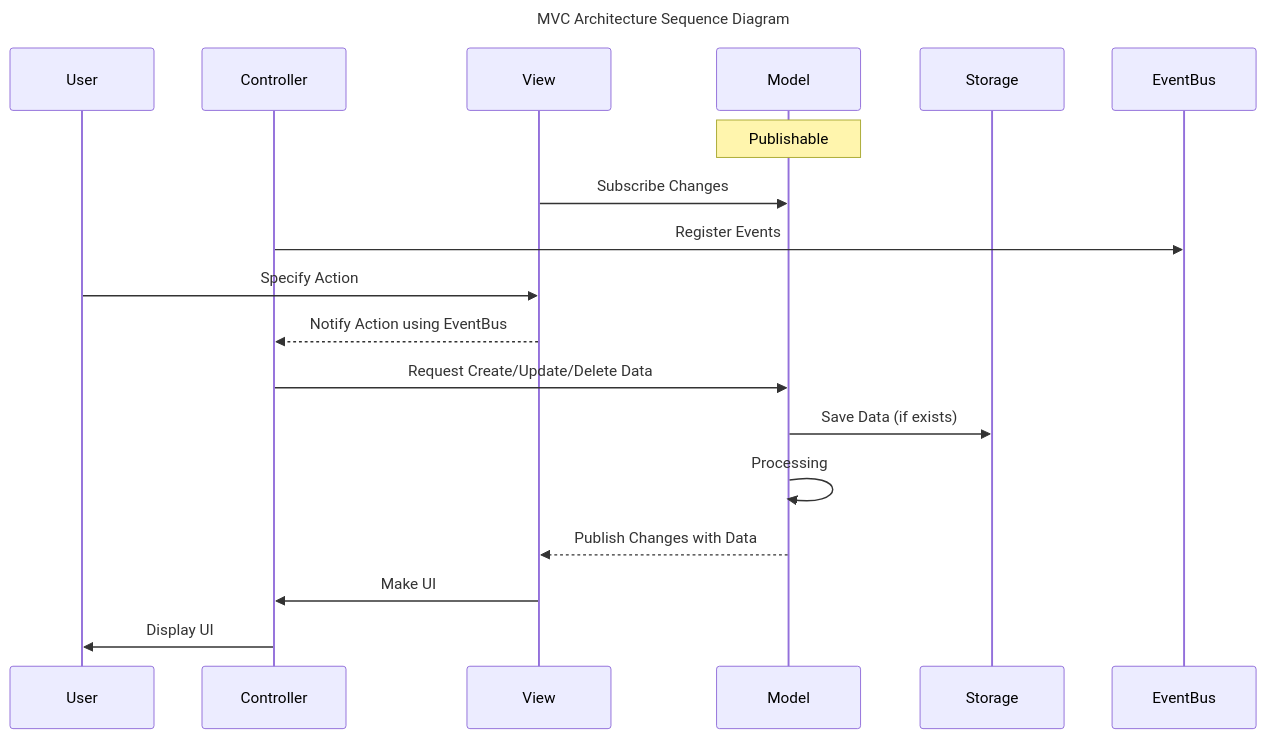
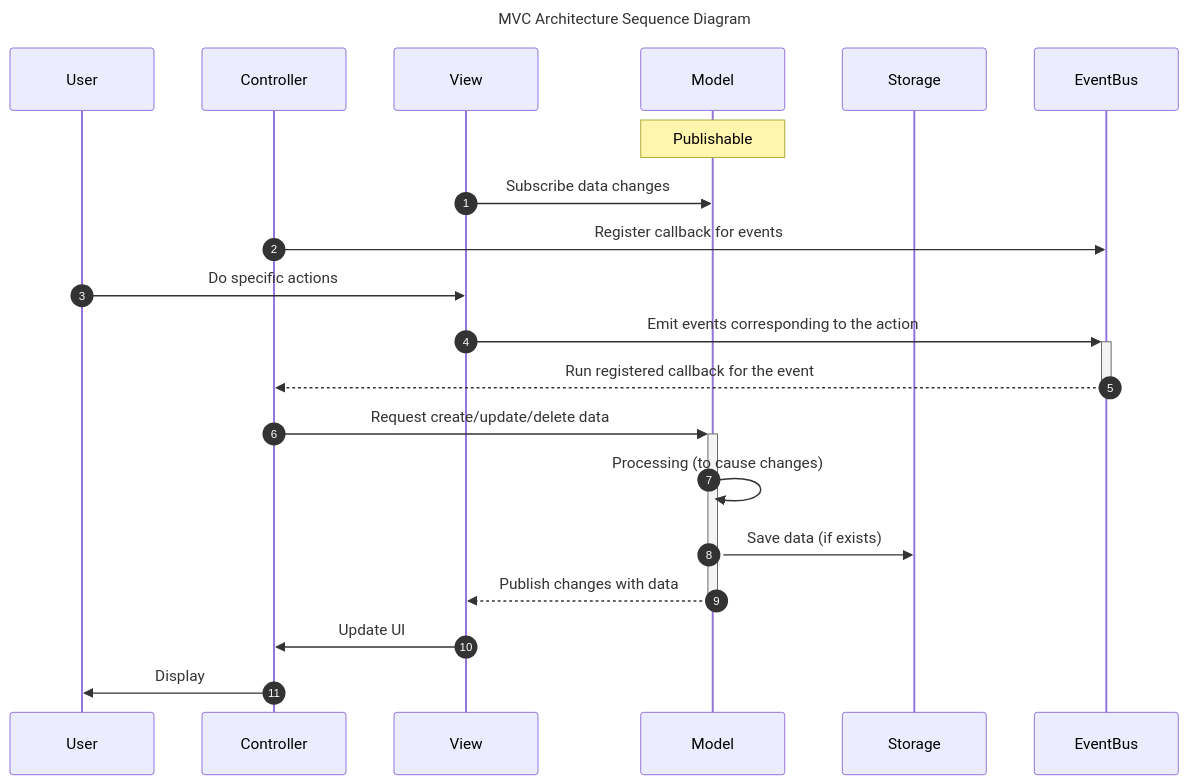
One commit to nbcamp/to-do-list changed the second of 2 diagrams in README.md. Above: the diagram before and after it, drawn with Mermaid. The commit also changed other lines of this file, not shown here.

Commit message:
docs: sequence diagram flow 개선

````diff
--- a/README.md
+++ b/README.md
@@ -158,26 +165,29 @@
 ```mermaid
 ---
 title: MVC Architecture Sequence Diagram
 ---
 sequenceDiagram
 
 participant User
 participant Controller
 participant View
 participant Model
 participant Storage
 participant EventBus
 
 Note over Model: Publishable
 
-View->>Model: Subscribe Changes
-Controller->>EventBus: Register Events
-User->>View: Specify Action
-View-->>Controller: Notify Action using EventBus
-Controller->>Model: Request Create/Update/Delete Data
-Model->>Storage: Save Data (if exists)
-Model->>Model: Processing
-Model-->>View: Publish Changes with Data
-View->>Controller: Make UI
-Controller->>User: Display UI
+autonumber
+
+View->>Model: Subscribe data changes
+Controller->>EventBus: Register callback for events
+User->>View: Do specific actions
+View->>+EventBus: Emit events corresponding to the action
+EventBus-->>-Controller: Run registered callback for the event
+Controller->>+Model: Request create/update/delete data
+Model->>Model: Processing (to cause changes)
+Model->>Storage: Save data (if exists)
+Model-->>-View: Publish changes with data
+View->>Controller: Update UI
+Controller->>User: Display
 ```
````
